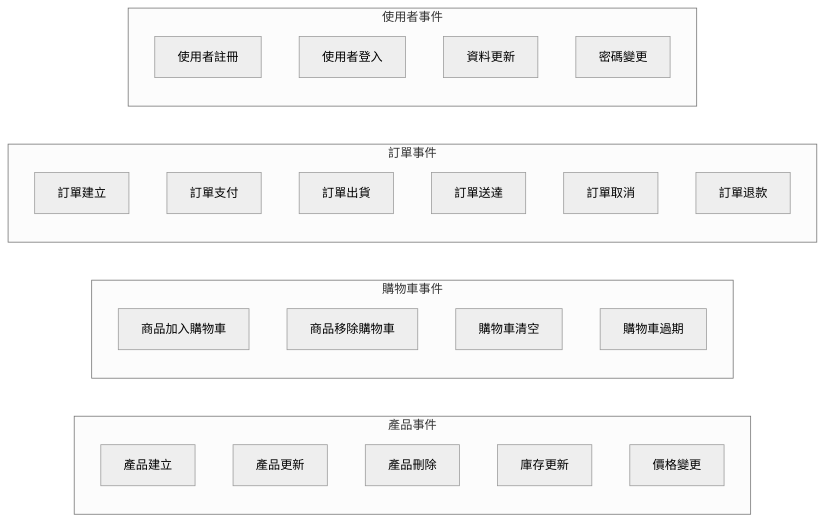
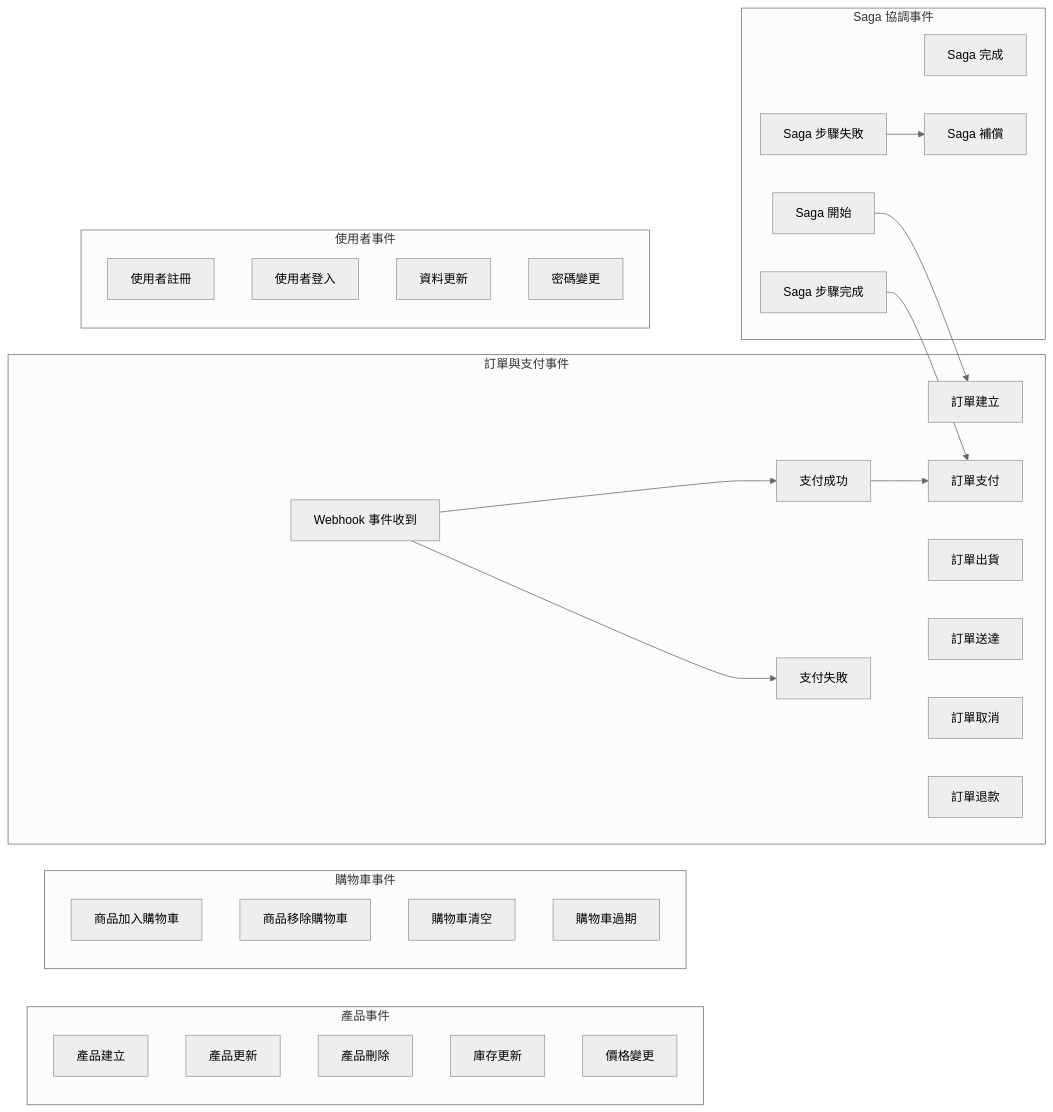
Before and after one commit to kehao-chen/fake-store-api: the sixth of 8 diagrams in docs/architecture/ddd-model.md, drawn with Mermaid (neutral theme). The commit also changed other lines of this file and 45 other files, not shown here.

````diff
--- a/docs/architecture/ddd-model.md
+++ b/docs/architecture/ddd-model.md
@@ -251,33 +252,50 @@
 ```mermaid
 graph LR
     subgraph "產品事件"
         ProductCreated[產品建立]
         ProductUpdated[產品更新]
         ProductDeleted[產品刪除]
         StockUpdated[庫存更新]
         PriceChanged[價格變更]
     end
     
     subgraph "購物車事件"
         ItemAddedToCart[商品加入購物車]
         ItemRemovedFromCart[商品移除購物車]
         CartCleared[購物車清空]
         CartExpired[購物車過期]
     end
     
-    subgraph "訂單事件"
+    subgraph "訂單與支付事件"
         OrderCreated[訂單建立]
         OrderPaid[訂單支付]
         OrderShipped[訂單出貨]
         OrderDelivered[訂單送達]
         OrderCancelled[訂單取消]
         OrderRefunded[訂單退款]
+        PaymentSucceeded[支付成功]
+        PaymentFailed[支付失敗]
+        WebhookEventReceived[Webhook 事件收到]
     end
     
+    subgraph "Saga 協調事件"
+        SagaStarted[Saga 開始]
+        SagaStepCompleted[Saga 步驟完成]
+        SagaStepFailed[Saga 步驟失敗]
+        SagaCompleted[Saga 完成]
+        SagaCompensated[Saga 補償]
+    end
+    
+    WebhookEventReceived --> PaymentSucceeded
+    WebhookEventReceived --> PaymentFailed
+    PaymentSucceeded --> OrderPaid
+    SagaStarted --> OrderCreated
+    SagaStepCompleted --> OrderPaid
+    SagaStepFailed --> SagaCompensated
     subgraph "使用者事件"
         UserRegistered[使用者註冊]
         UserLoggedIn[使用者登入]
         UserProfileUpdated[資料更新]
         PasswordChanged[密碼變更]
     end
 ```
````
